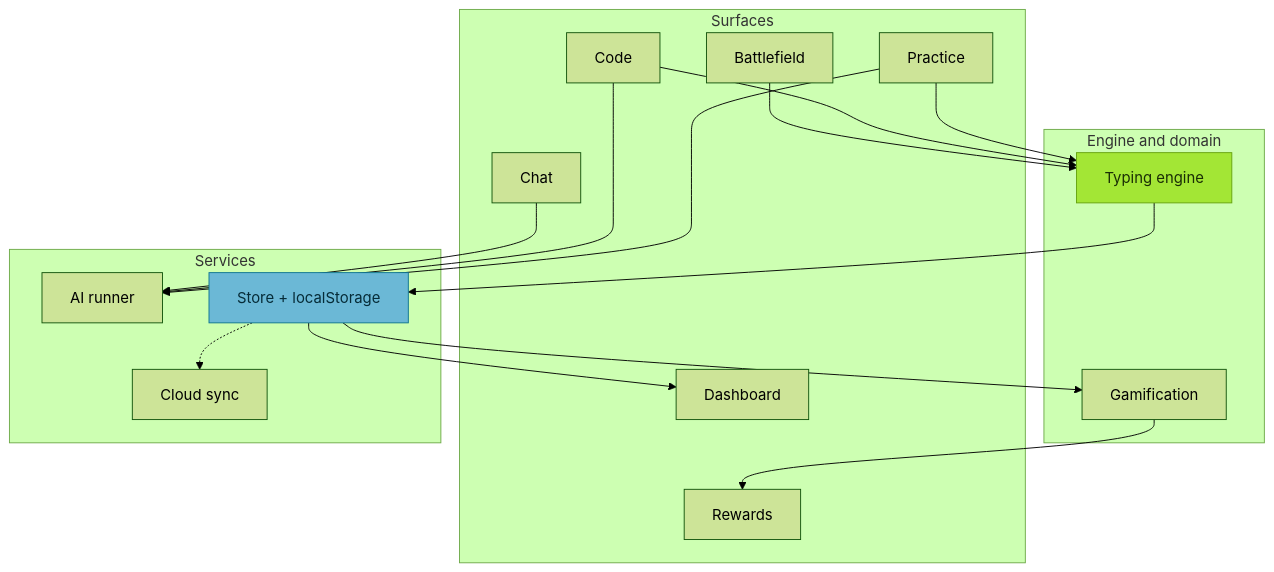
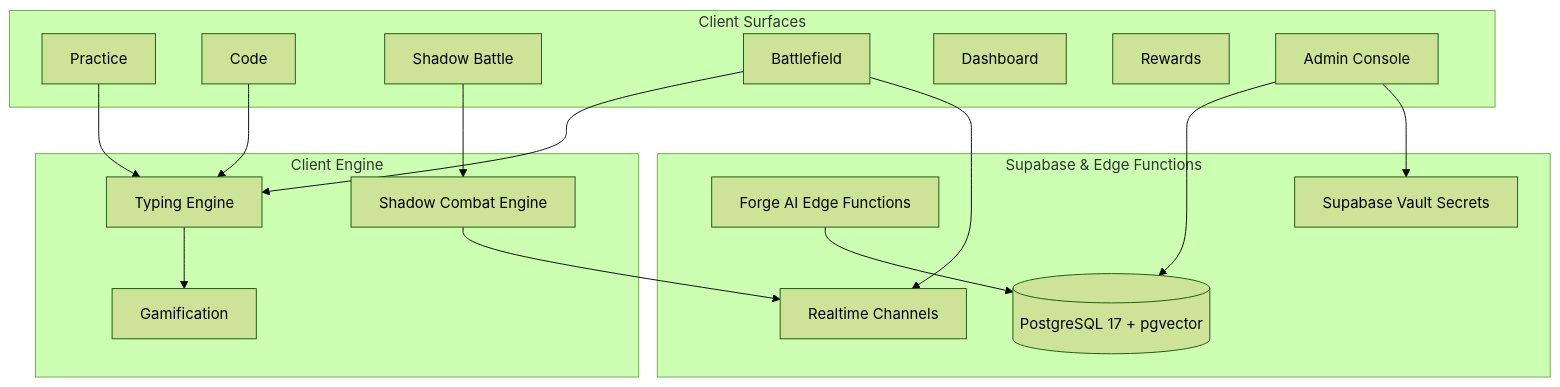
Before and after one commit to n4m4n-xd-69/TypeForge: the diagram in README.md, drawn with Mermaid (forest theme). The commit also changed other lines of this file and 10 other files, not shown here.

````diff
--- a/README.md
+++ b/README.md
@@ -206,37 +126,36 @@
 ```mermaid
 flowchart TD
-    subgraph UI[Surfaces]
+    subgraph UI[Client Surfaces]
         P[Practice]
         C[Code]
-        B[Battlefield]
+        SB[Shadow Battle]
+        BF[Battlefield]
         D[Dashboard]
         R[Rewards]
-        CH[Chat]
+        ADM[Admin Console]
     end
 
-    subgraph Core[Engine and domain]
-        TE[Typing engine]
+    subgraph Core[Client Engine]
+        TE[Typing Engine]
+        SE[Shadow Combat Engine]
         GM[Gamification]
     end
 
-    subgraph Services[Services]
-        AI[AI runner]
-        ST[Store + localStorage]
-        SY[Cloud sync]
+    subgraph Backend[Supabase & Edge Functions]
+        FE[Forge AI Edge Functions]
+        DB[(PostgreSQL 17 + pgvector)]
+        RT[Realtime Channels]
+        VAULT[Supabase Vault Secrets]
     end
 
     P --> TE
     C --> TE
-    B --> TE
-    TE --> ST
-    ST --> GM
-    GM --> R
-    ST --> D
-    P --> AI
-    C --> AI
-    CH --> AI
-    ST -.-> SY
-
-    style TE fill:#a3e635,stroke:#65a30d,color:#1a2e05
-    style ST fill:#6bb8d6,stroke:#0e7490,color:#062c38
+    SB --> SE
+    BF --> TE
+    TE --> GM
+    SE --> RT
+    BF --> RT
+    FE --> DB
+    ADM --> DB
+    ADM --> VAULT
 ```
````
